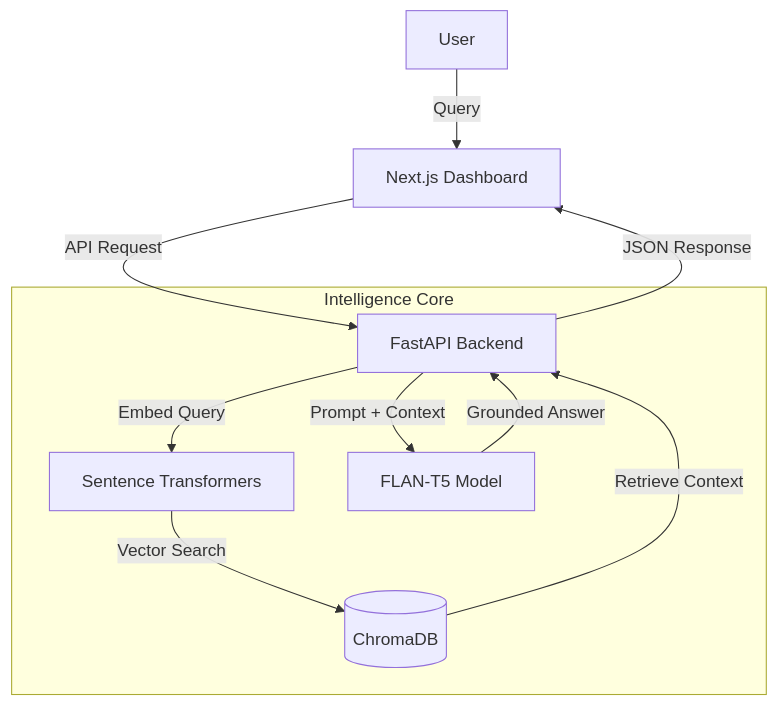
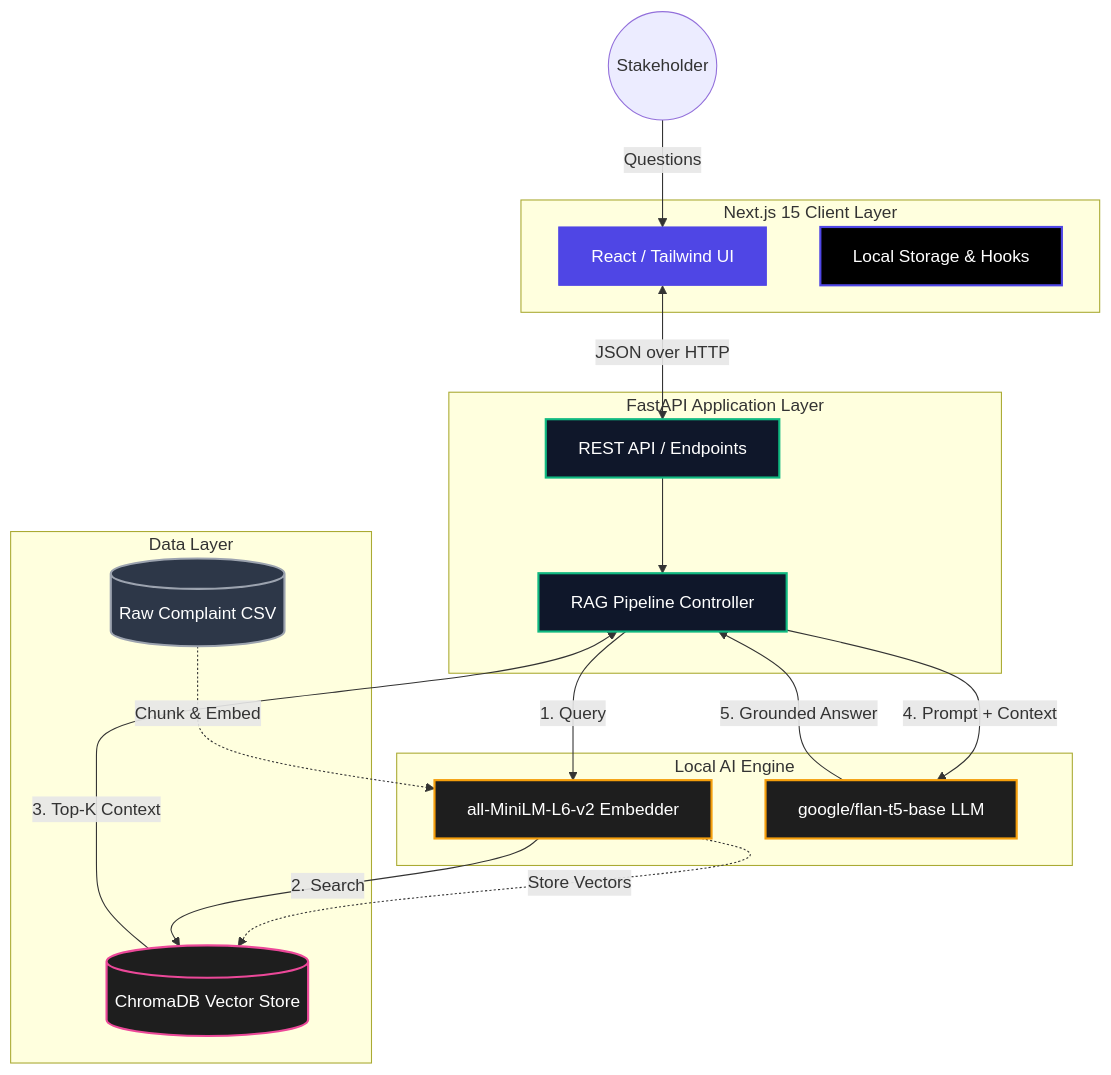
The diagram in README.md (game-ale/rag-complaint-chatbot), drawn with Mermaid before and after one commit. The commit also changed other lines of this file and 39 other files, not shown here.

````diff
--- a/README.md
+++ b/README.md
@@ -72,15 +21,47 @@
 ```mermaid
 graph TD
-    User[User] -->|Query| UI[Next.js Dashboard]
-    UI -->|API Request| API[FastAPI Backend]
+    %% Define Styles
+    classDef client fill:#000,stroke:#4F46E5,stroke-width:2px,color:#fff
+    classDef api fill:#0f172a,stroke:#10B981,stroke-width:2px,color:#fff
+    classDef model fill:#1e1e1e,stroke:#F59E0B,stroke-width:2px,color:#fff
+    classDef db fill:#1e1e1e,stroke:#EC4899,stroke-width:2px,color:#fff
+    classDef data fill:#2d3748,stroke:#9CA3AF,stroke-width:2px,color:#fff
+    classDef ui fill:#4F46E5,stroke:#4F46E5,color:#fff
+
+    %% Components
+    subgraph Frontend [Next.js 15 Client Layer]
+        UI[React / Tailwind UI]:::ui
+        State[Local Storage & Hooks]:::client
+    end
+
+    subgraph Backend [FastAPI Application Layer]
+        API[REST API / Endpoints]:::api
+        Pipeline[RAG Pipeline Controller]:::api
+    end
+
+    subgraph Intelligence [Local AI Engine]
+        Embed[all-MiniLM-L6-v2 Embedder]:::model
+        LLM[google/flan-t5-base LLM]:::model
+    end
+
+    subgraph Persistence [Data Layer]
+        Chroma[(ChromaDB Vector Store)]:::db
+        CSV[(Raw Complaint CSV)]:::data
+    end
+
+    %% Flow
+    User((Stakeholder)) -->|Questions| UI
+    UI <-->|JSON over HTTP| API
+    API --> Pipeline
     
-    subgraph "Intelligence Core"
-    API -->|Embed Query| Encoder[Sentence Transformers]
-    Encoder -->|Vector Search| DB[(ChromaDB)]
-    DB -->|Retrieve Context| API
-    API -->|Prompt + Context| LLM[FLAN-T5 Model]
-    LLM -->|Grounded Answer| API
-    end
+    %% Setup Flow
+    CSV -.->|Chunk & Embed| Embed
+    Embed -.->|Store Vectors| Chroma
     
-    API -->|JSON Response| UI
+    %% Retrieval Flow
+    Pipeline -->|1. Query| Embed
+    Embed -->|2. Search| Chroma
+    Chroma -->|3. Top-K Context| Pipeline
+    Pipeline -->|4. Prompt + Context| LLM
+    LLM -->|5. Grounded Answer| Pipeline
 ```
````
